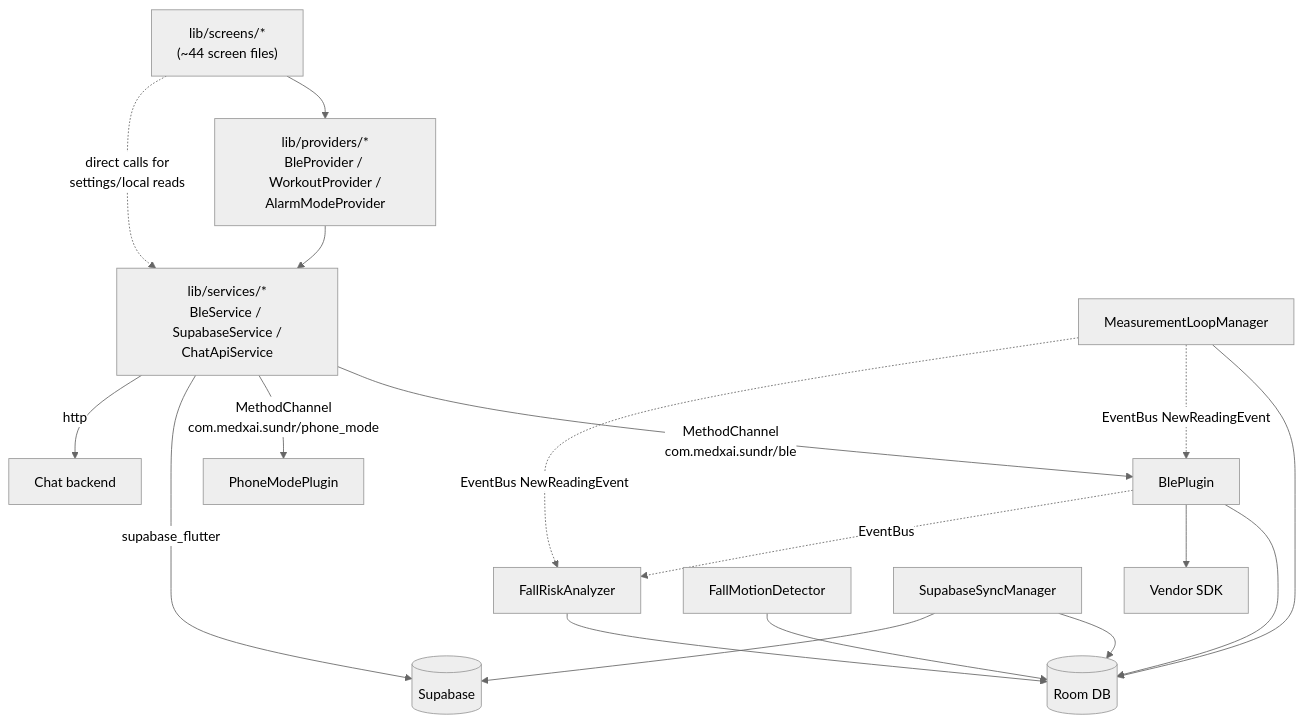
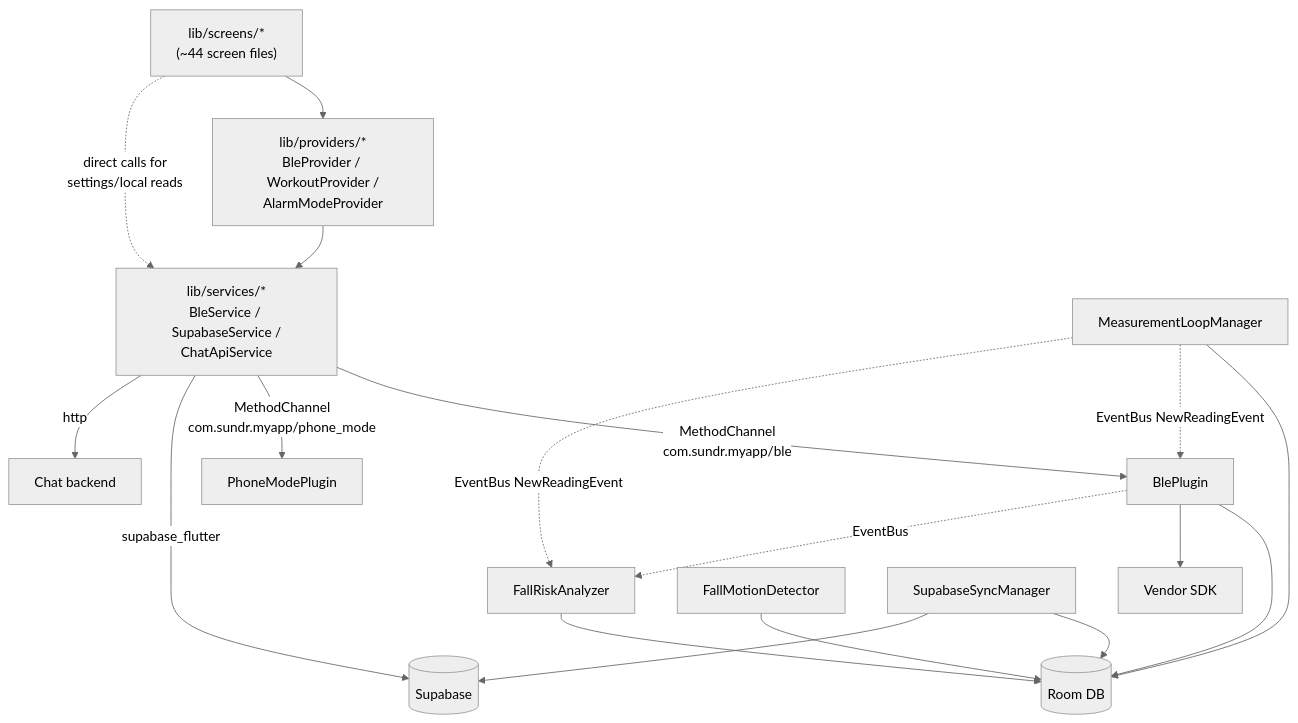
One commit to sivakumar1306/finalyear_project changed the fourth of 8 diagrams in KNOWLEDGE_TRANSFER.md. Above: the diagram before and after it, drawn with Mermaid (neutral theme). The commit also changed other lines of this file and 127 other files, not shown here.

````diff
--- a/KNOWLEDGE_TRANSFER.md
+++ b/KNOWLEDGE_TRANSFER.md
@@ -319,20 +325,20 @@
 ```mermaid
 flowchart TD
     Screens["lib/screens/*\n(~44 screen files)"] --> Providers["lib/providers/*\nBleProvider / WorkoutProvider /\nAlarmModeProvider"]
     Providers --> Services["lib/services/*\nBleService / SupabaseService /\nChatApiService"]
     Screens -.direct calls for\nsettings/local reads.-> Services
-    Services -->|MethodChannel\ncom.medxai.sundr/ble| BlePlugin
-    Services -->|MethodChannel\ncom.medxai.sundr/phone_mode| PhoneModePlugin
+    Services -->|MethodChannel\ncom.sundr.myapp/ble| BlePlugin
+    Services -->|MethodChannel\ncom.sundr.myapp/phone_mode| PhoneModePlugin
     Services -->|supabase_flutter| Supabase[(Supabase)]
     Services -->|http| ChatAPI[Chat backend]
     BlePlugin --> RoomDB[(Room DB)]
     BlePlugin --> SDK[Vendor SDK]
     BlePlugin -.EventBus.-> FallRiskAnalyzer
     MeasurementLoopManager --> RoomDB
     MeasurementLoopManager -.EventBus NewReadingEvent.-> BlePlugin
     MeasurementLoopManager -.EventBus NewReadingEvent.-> FallRiskAnalyzer
     FallMotionDetector --> RoomDB
     FallRiskAnalyzer --> RoomDB
     SupabaseSyncManager --> RoomDB
     SupabaseSyncManager --> Supabase
 ```
````
